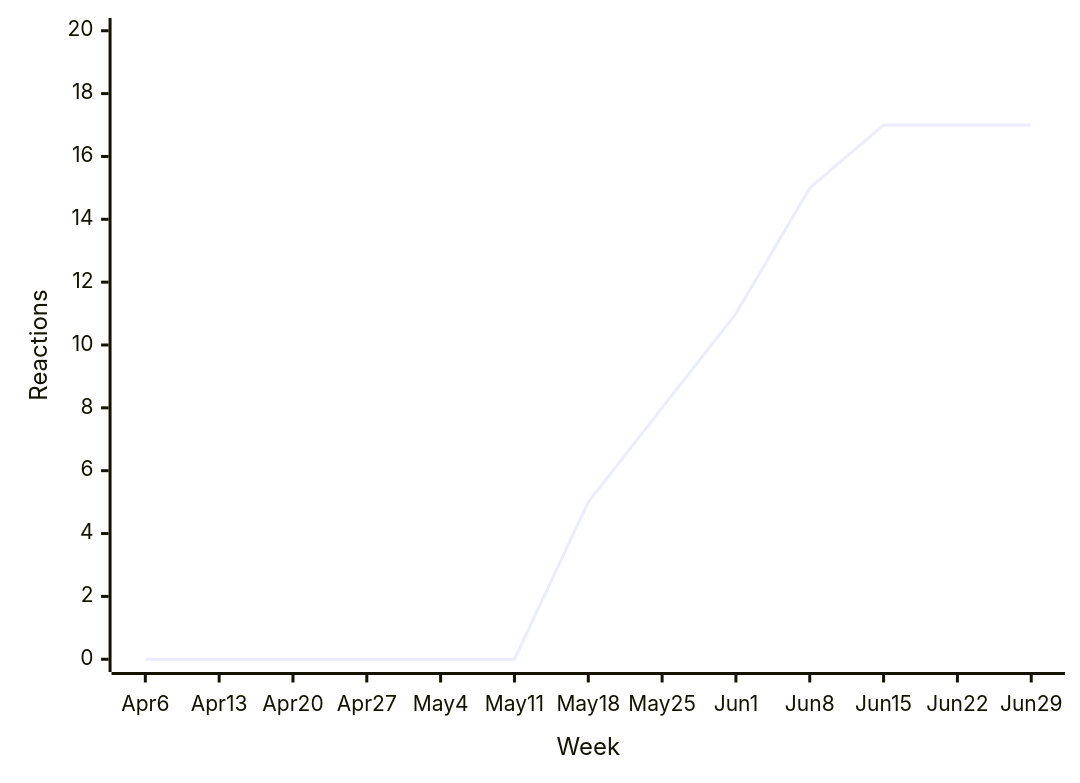
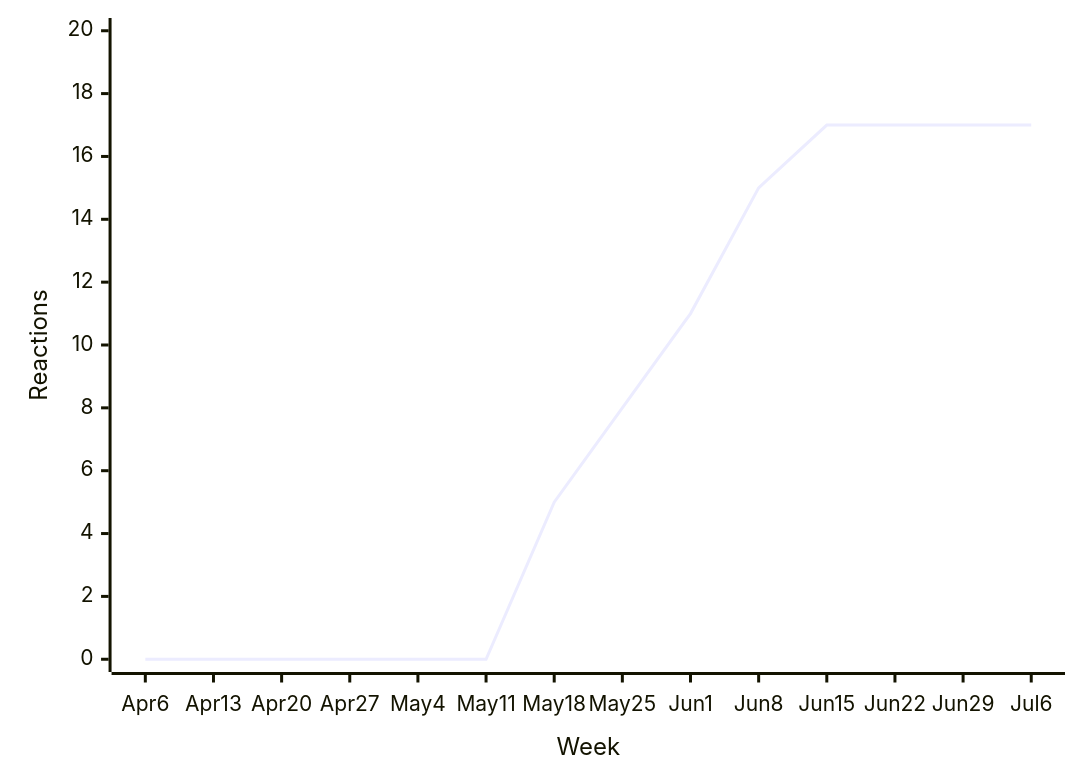
The eighth of 48 diagrams in README.md (loic-sharma/github-insights), drawn with Mermaid before and after one commit. The commit also changed other lines of this file and 3 other files, not shown here.

````diff
--- a/README.md
+++ b/README.md
@@ -458,6 +458,6 @@
   ```mermaid
   xychart-beta
-    x-axis "Week" [Apr 6, Apr 13, Apr 20, Apr 27, May 4, May 11, May 18, May 25, Jun 1, Jun 8, Jun 15, Jun 22, Jun 29]
+    x-axis "Week" [Apr 6, Apr 13, Apr 20, Apr 27, May 4, May 11, May 18, May 25, Jun 1, Jun 8, Jun 15, Jun 22, Jun 29, Jul 6]
     y-axis "Reactions" 0 --> 20
-    line [0, 0, 0, 0, 0, 0, 5, 8, 11, 15, 17, 17, 17]
+    line [0, 0, 0, 0, 0, 0, 5, 8, 11, 15, 17, 17, 17, 17]
   ```
````
